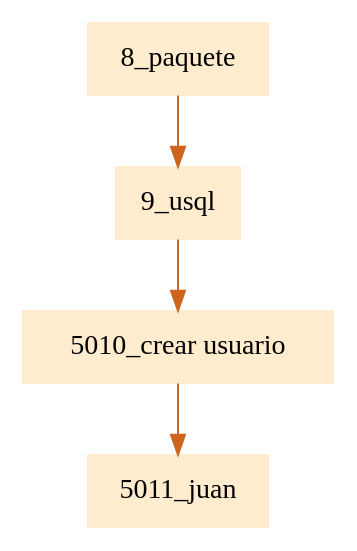
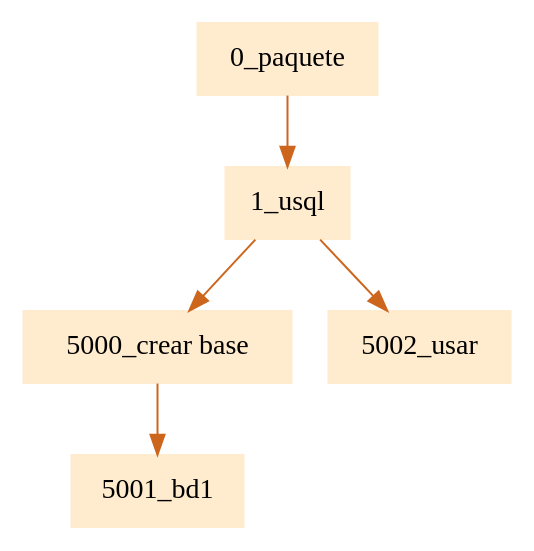
The diagram in pr1Compilarodores2/paquete.dot (JamesMelgar/compi2javaccpr1), drawn with Graphviz before and after one commit. The commit also changed 12 other files, not shown here.

```diff
--- a/pr1Compilarodores2/paquete.dot
+++ b/pr1Compilarodores2/paquete.dot
@@ -1,5 +1,5 @@
 digraph G {node[shape=box, style=filled, color=blanchedalmond]; edge[color=chocolate3];rankdir=UD 
 
-"8_paquete"->"9_usql""9_usql"->"5010_crear usuario""5010_crear usuario"->"5011_juan"
+"0_paquete"->"1_usql""1_usql"->"5000_crear base""5000_crear base"->"5001_bd1""1_usql"->"5002_usar"
 
 }
```
